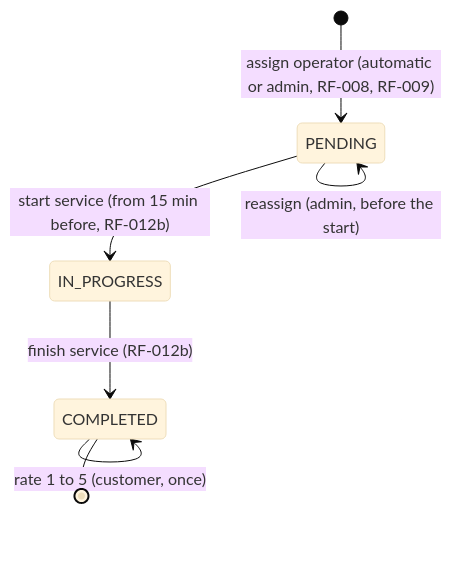
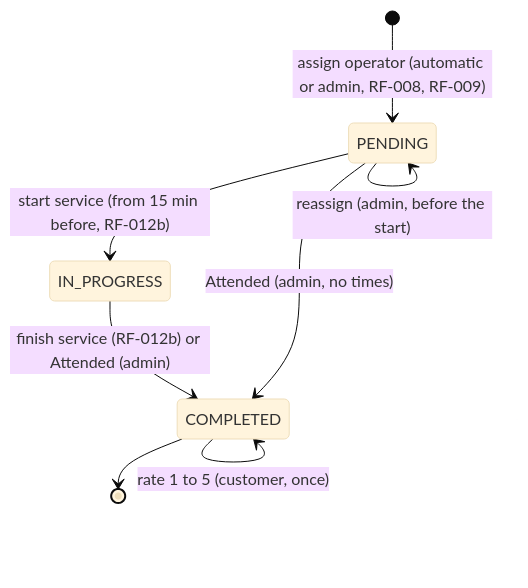
Before and after one commit to BrayanCABRERA123/lavarapido-docs: diagram 23 of 26 in 02_DOCUMENTACION_DE_ANALISIS_DEL_SOFTWARE/EN/MD/software-analysis-documentation.md, drawn with Mermaid (base theme). The commit also changed other lines of this file and 2 other files, not shown here.

Commit message:
docs(analysis): correct the booking and execution states and fix a diagram label that broke the payment sequence in English

````diff
--- a/02_DOCUMENTACION_DE_ANALISIS_DEL_SOFTWARE/EN/MD/software-analysis-documentation.md
+++ b/02_DOCUMENTACION_DE_ANALISIS_DEL_SOFTWARE/EN/MD/software-analysis-documentation.md
@@ -878,9 +878,10 @@
 ```mermaid
 stateDiagram-v2
     [*] --> PENDING : assign operator (automatic or admin, RF-008, RF-009)
     PENDING --> PENDING : reassign (admin, before the start)
     PENDING --> IN_PROGRESS : start service (from 15 min before, RF-012b)
-    IN_PROGRESS --> COMPLETED : finish service (RF-012b)
+    IN_PROGRESS --> COMPLETED : finish service (RF-012b) or Attended (admin)
+    PENDING --> COMPLETED : Attended (admin, no times)
     COMPLETED --> COMPLETED : rate 1 to 5 (customer, once)
     COMPLETED --> [*]
 ```
````
